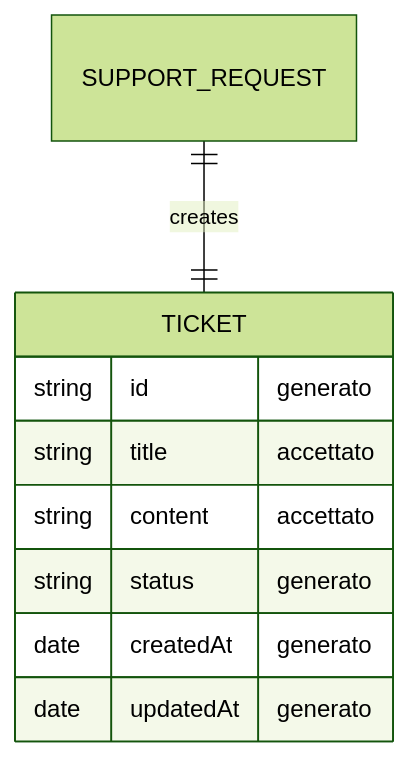
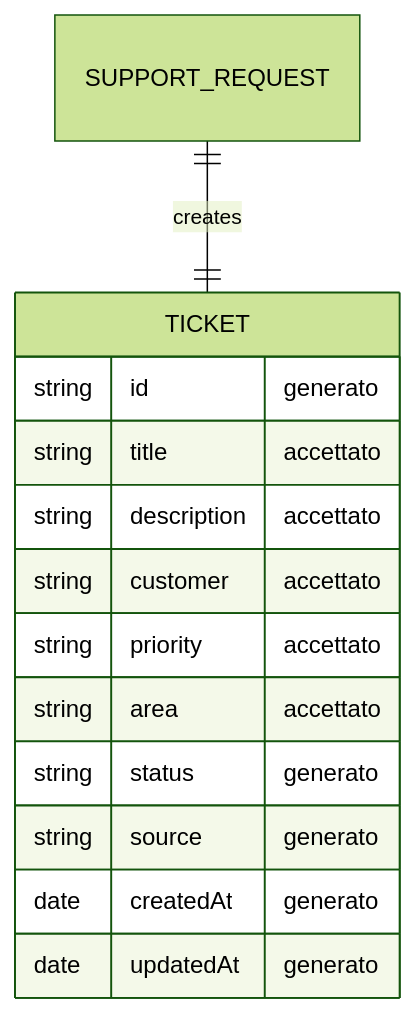
The diagram in issue-contract/contract-plan-create-ticket-final.md (francescomascellino/aicu-l08-ticketing-pr), drawn with Mermaid (forest theme) before and after one commit. The commit also changed other lines of this file and 1 other file, not shown here.

````diff
--- a/issue-contract/contract-plan-create-ticket-final.md
+++ b/issue-contract/contract-plan-create-ticket-final.md
@@ -47,12 +47,16 @@
 ```mermaid
 erDiagram
   SUPPORT_REQUEST ||--|| TICKET : creates
   TICKET {
     string id "generato"
     string title "accettato"
-    string content "accettato"
+    string description "accettato"
+    string customer "accettato"
+    string priority "accettato"
+    string area "accettato"
     string status "generato"
+    string source "generato"
     date createdAt "generato"
     date updatedAt "generato"
   }
 ```
````
